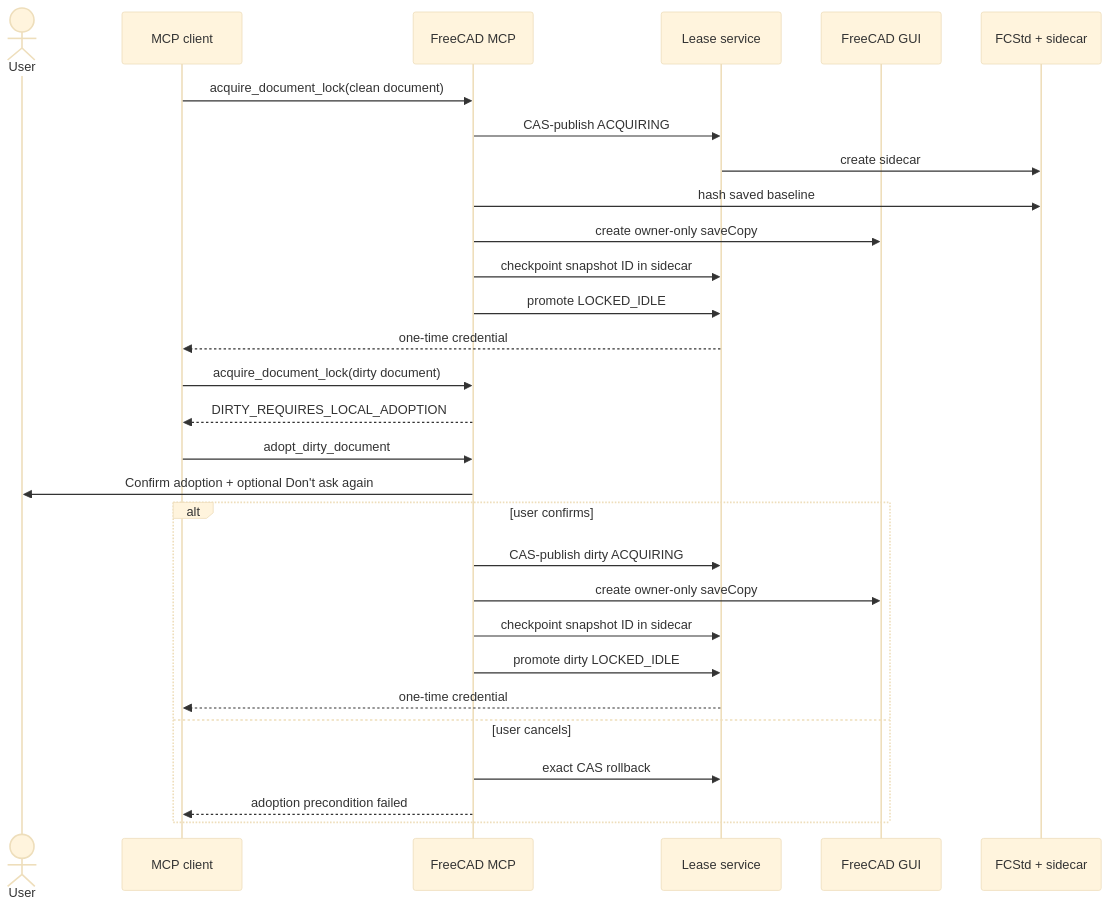
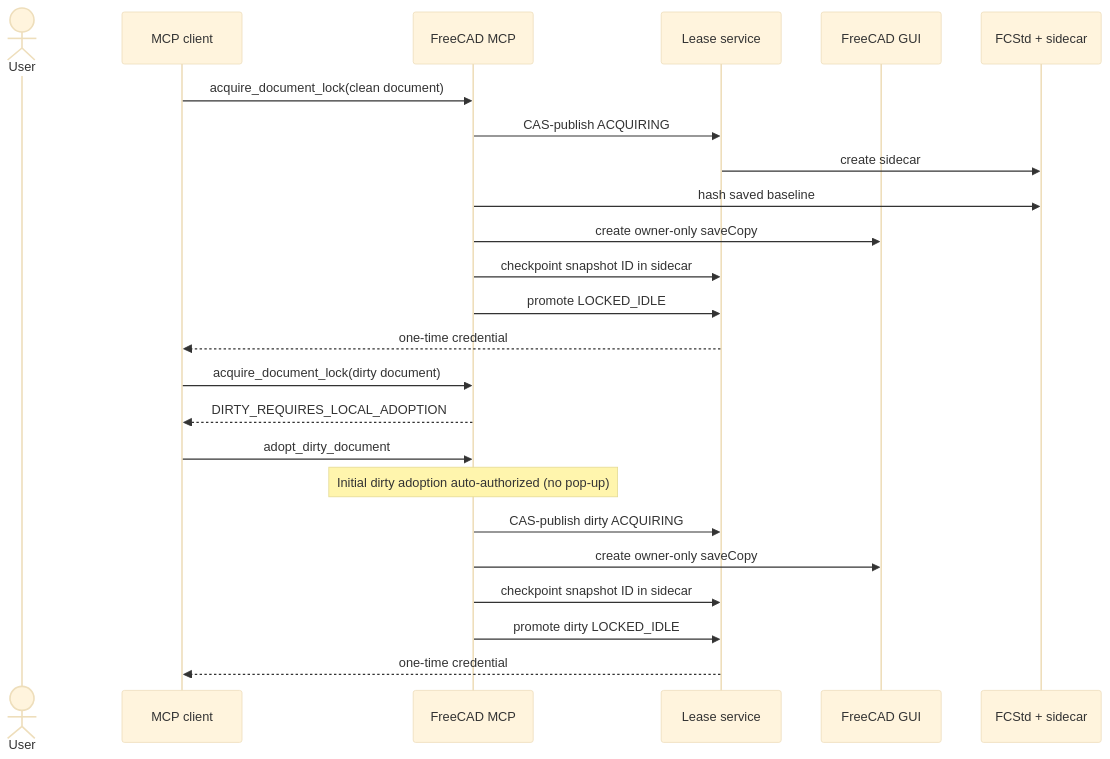
Before and after one commit to Rchiemstra/freecad-mcp: the first of 5 diagrams in doc/lease-client-scenarios.md, drawn with Mermaid (base theme). The commit also changed other lines of this file and 24 other files, not shown here.

````diff
--- a/doc/lease-client-scenarios.md
+++ b/doc/lease-client-scenarios.md
@@ -17,33 +17,28 @@
 ```mermaid
 sequenceDiagram
     actor User
     participant Client as MCP client
     participant RPC as FreeCAD MCP
     participant Lease as Lease service
     participant GUI as FreeCAD GUI
     participant Disk as FCStd + sidecar
 
     Client->>RPC: acquire_document_lock(clean document)
     RPC->>Lease: CAS-publish ACQUIRING
     Lease->>Disk: create sidecar
     RPC->>Disk: hash saved baseline
     RPC->>GUI: create owner-only saveCopy
     RPC->>Lease: checkpoint snapshot ID in sidecar
     RPC->>Lease: promote LOCKED_IDLE
     Lease-->>Client: one-time credential
 
     Client->>RPC: acquire_document_lock(dirty document)
     RPC-->>Client: DIRTY_REQUIRES_LOCAL_ADOPTION
     Client->>RPC: adopt_dirty_document
-    RPC->>User: Confirm adoption + optional Don't ask again
-    alt user confirms
-        RPC->>Lease: CAS-publish dirty ACQUIRING
-        RPC->>GUI: create owner-only saveCopy
-        RPC->>Lease: checkpoint snapshot ID in sidecar
-        RPC->>Lease: promote dirty LOCKED_IDLE
-        Lease-->>Client: one-time credential
-    else user cancels
-        RPC->>Lease: exact CAS rollback
-        RPC-->>Client: adoption precondition failed
-    end
+    Note over RPC: Initial dirty adoption auto-authorized (no pop-up)
+    RPC->>Lease: CAS-publish dirty ACQUIRING
+    RPC->>GUI: create owner-only saveCopy
+    RPC->>Lease: checkpoint snapshot ID in sidecar
+    RPC->>Lease: promote dirty LOCKED_IDLE
+    Lease-->>Client: one-time credential
 ```
````
